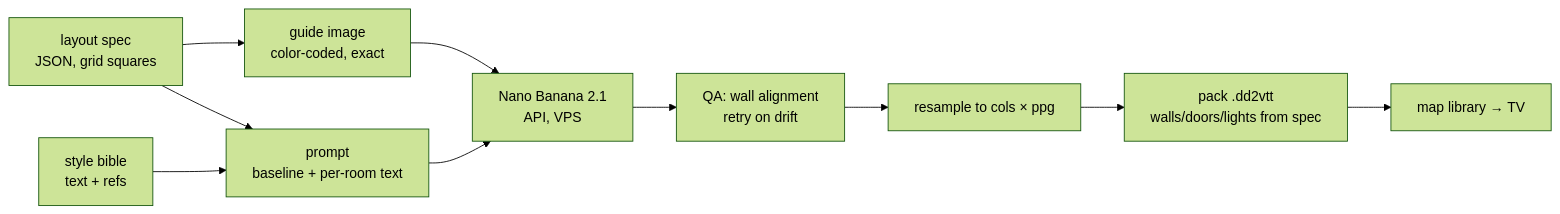
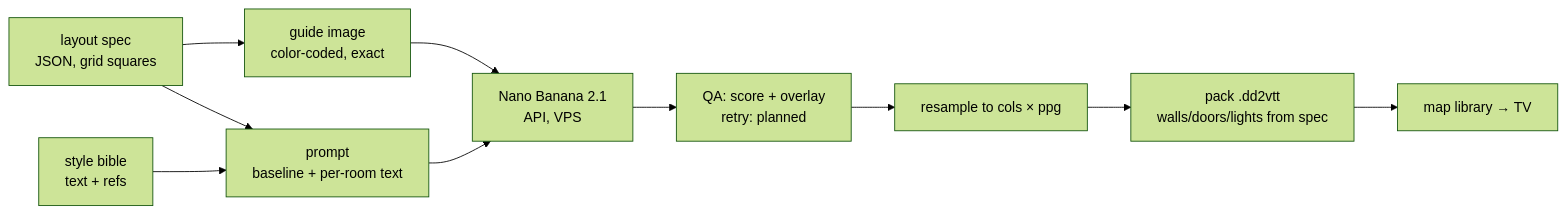
Before and after one commit to KasparOrange/battlemap: the diagram in docs/ai-art.md, drawn with Mermaid (forest theme). The commit also changed other lines of this file and 2 other files, not shown here.

````diff
--- a/docs/ai-art.md
+++ b/docs/ai-art.md
@@ -153,12 +159,12 @@
 ```mermaid
 flowchart LR
   S[layout spec<br/>JSON, grid squares] --> G[guide image<br/>color-coded, exact]
   S --> P[prompt<br/>baseline + per-room text]
   B[style bible<br/>text + refs] --> P
   G --> N[Nano Banana 2.1<br/>API, VPS]
   P --> N
-  N --> Q[QA: wall alignment<br/>retry on drift]
+  N --> Q[QA: score + overlay<br/>retry: planned]
   Q --> R[resample to cols × ppg]
   R --> V[pack .dd2vtt<br/>walls/doors/lights from spec]
   V --> L[map library → TV]
 ```
````
